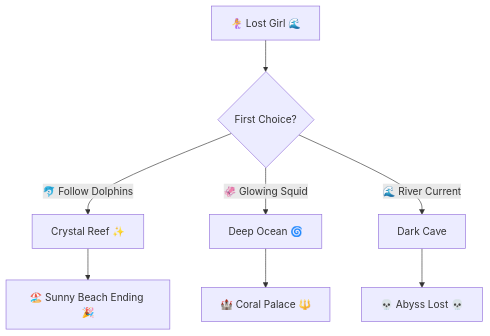
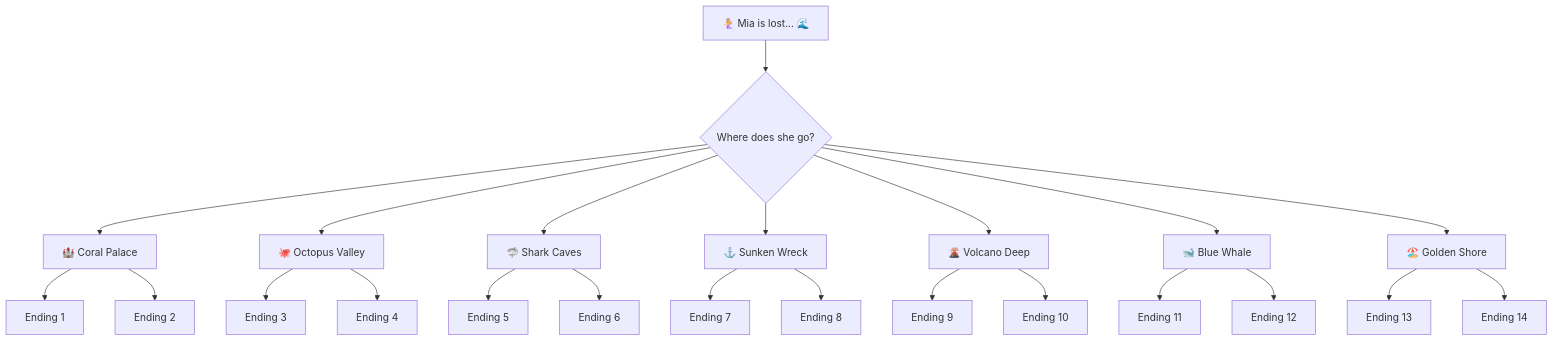
One commit to DaCameraGirl/sea-drifter changed the diagram in README.md. Above: the diagram before and after it, drawn with Mermaid. The commit also changed other lines of this file and 1 other file, not shown here.

````diff
--- a/README.md
+++ b/README.md
@@ -66,10 +81,18 @@
 ```mermaid
 graph TD
-    A["🧜‍♀️ Lost Girl 🌊"] --> B{"First Choice?"}
-    B --> |"🐬 Follow Dolphins"| C["Crystal Reef ✨"]
-    B --> |"🦑 Glowing Squid"| D["Deep Ocean 🌀"]
-    B --> |"🌊 River Current"| E["Dark Cave"]
-    C --> F["🏖️ Sunny Beach Ending 🎉"]
-    D --> G["🏰 Coral Palace 🔱"]
-    E --> H["💀 Abyss Lost 💀"]
+    A["🧜‍♀️ Mia is lost... 🌊"] --> B{"Where does she go?"}
+    B --> C["🏰 Coral Palace"]
+    B --> D["🐙 Octopus Valley"]
+    B --> E["🦈 Shark Caves"]
+    B --> F["⚓ Sunken Wreck"]
+    B --> G["🌋 Volcano Deep"]
+    B --> H["🐋 Blue Whale"]
+    B --> I["🏖️ Golden Shore"]
+    C --> C1["Ending 1"] & C2["Ending 2"]
+    D --> D1["Ending 3"] & D2["Ending 4"]
+    E --> E1["Ending 5"] & E2["Ending 6"]
+    F --> F1["Ending 7"] & F2["Ending 8"]
+    G --> G1["Ending 9"] & G2["Ending 10"]
+    H --> H1["Ending 11"] & H2["Ending 12"]
+    I --> I1["Ending 13"] & I2["Ending 14"]
 ```
````
